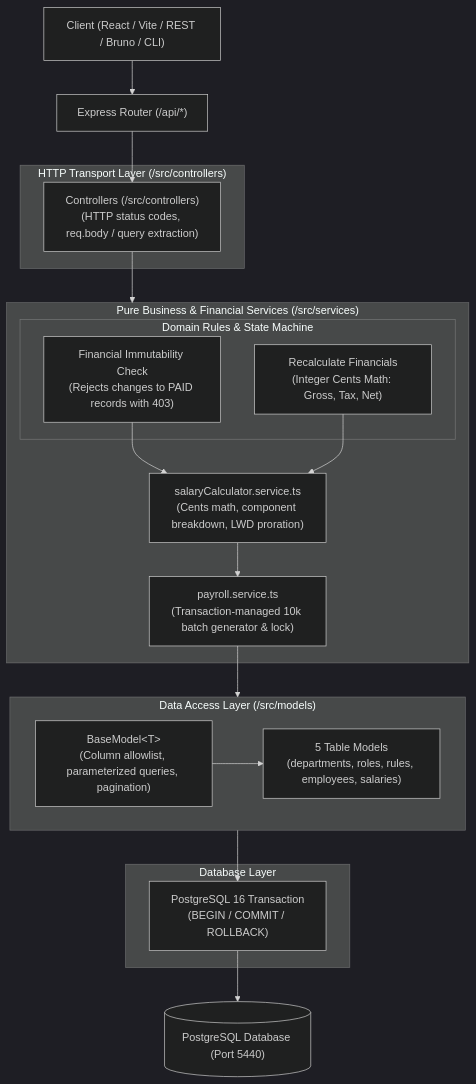
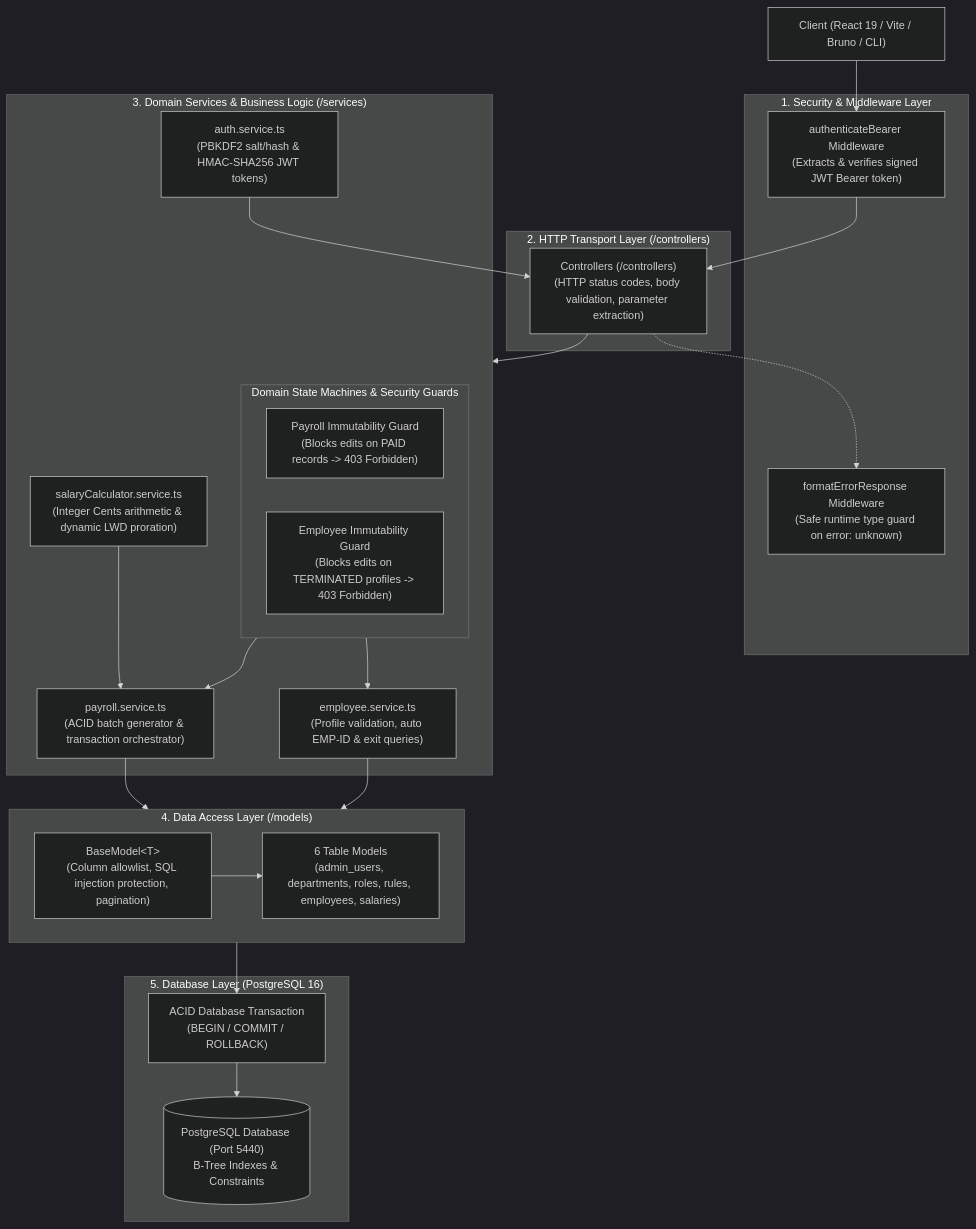
One commit to moumita22/salary-management-system changed the second of 3 diagrams in docs/BACKEND_ARCHITECTURE.md. Above: the diagram before and after it, drawn with Mermaid (dark theme). The commit also changed other lines of this file and 5 other files, not shown here.

````diff
--- a/docs/BACKEND_ARCHITECTURE.md
+++ b/docs/BACKEND_ARCHITECTURE.md
@@ -21,40 +97,48 @@
 ```mermaid
 flowchart TD
-    Client["Client (React / Vite / REST / Bruno / CLI)"] --> Route["Express Router (/api/*)"]
+    Client["Client (React 19 / Vite / Bruno / CLI)"]
     
-    subgraph HTTP_Layer["HTTP Transport Layer (/src/controllers)"]
-        Controller["Controllers (/src/controllers)<br/>(HTTP status codes, req.body / query extraction)"]
+    subgraph Security_Layer["1. Security & Middleware Layer"]
+        AuthMiddleware["authenticateBearer Middleware<br/>(Extracts & verifies signed JWT Bearer token)"]
+        ErrFormatter["formatErrorResponse Middleware<br/>(Safe runtime type guard on error: unknown)"]
     end
     
-    Route --> Controller
-    
-    subgraph Domain_Layer["Pure Business & Financial Services (/src/services)"]
-        subgraph Domain_Guards["Domain Rules & State Machine"]
-            LockGuard["Financial Immutability Check<br/>(Rejects changes to PAID records with 403)"]
-            Recalc["Recalculate Financials<br/>(Integer Cents Math: Gross, Tax, Net)"]
-        end
-        
-        Calc["salaryCalculator.service.ts<br/>(Cents math, component breakdown, LWD proration)"]
-        Payroll["payroll.service.ts<br/>(Transaction-managed 10k batch generator & lock)"]
+    subgraph HTTP_Layer["2. HTTP Transport Layer (/controllers)"]
+        Controllers["Controllers (/controllers)<br/>(HTTP status codes, body validation, parameter extraction)"]
     end
     
-    Controller --> Domain_Layer
-    LockGuard --> Calc
-    Recalc --> Calc
-    Calc --> Payroll
-    
-    subgraph Data_Layer["Data Access Layer (/src/models)"]
-        Base["BaseModel&lt;T&gt;<br/>(Column allowlist, parameterized queries, pagination)"]
-        Tables["5 Table Models<br/>(departments, roles, rules, employees, salaries)"]
-        Base --> Tables
+    subgraph Domain_Layer["3. Domain Services & Business Logic (/services)"]
+        subgraph Immutability_Guards["Domain State Machines & Security Guards"]
+            PayrollLock["Payroll Immutability Guard<br/>(Blocks edits on PAID records -> 403 Forbidden)"]
+            TerminatedLock["Employee Immutability Guard<br/>(Blocks edits on TERMINATED profiles -> 403 Forbidden)"]
+        end
+        CalcService["salaryCalculator.service.ts<br/>(Integer Cents arithmetic & dynamic LWD proration)"]
+        PayrollService["payroll.service.ts<br/>(ACID batch generator & transaction orchestrator)"]
+        AuthService["auth.service.ts<br/>(PBKDF2 salt/hash & HMAC-SHA256 JWT tokens)"]
+        EmployeeService["employee.service.ts<br/>(Profile validation, auto EMP-ID & exit queries)"]
     end
     
-    Payroll --> Data_Layer
-    
-    subgraph Storage["Database Layer"]
-        Tx["PostgreSQL 16 Transaction<br/>(BEGIN / COMMIT / ROLLBACK)"]
+    subgraph Data_Layer["4. Data Access Layer (/models)"]
+        BaseModel["BaseModel&lt;T&gt;<br/>(Column allowlist, SQL injection protection, pagination)"]
+        TableModels["6 Table Models<br/>(admin_users, departments, roles, rules, employees, salaries)"]
+        BaseModel --> TableModels
     end
     
+    subgraph Storage_Layer["5. Database Layer (PostgreSQL 16)"]
+        Tx["ACID Database Transaction<br/>(BEGIN / COMMIT / ROLLBACK)"]
+        DB[("PostgreSQL Database (Port 5440)<br/>B-Tree Indexes & Constraints")]
+    end
+
+    Client --> AuthMiddleware
+    AuthMiddleware --> Controllers
+    Controllers --> Domain_Layer
+    Immutability_Guards --> PayrollService
+    Immutability_Guards --> EmployeeService
+    CalcService --> PayrollService
+    AuthService --> Controllers
+    PayrollService --> Data_Layer
+    EmployeeService --> Data_Layer
     Data_Layer --> Tx
-    Tx --> DB[("PostgreSQL Database (Port 5440)")]
+    Tx --> DB
+    Controllers -.-> ErrFormatter
 ```
````
